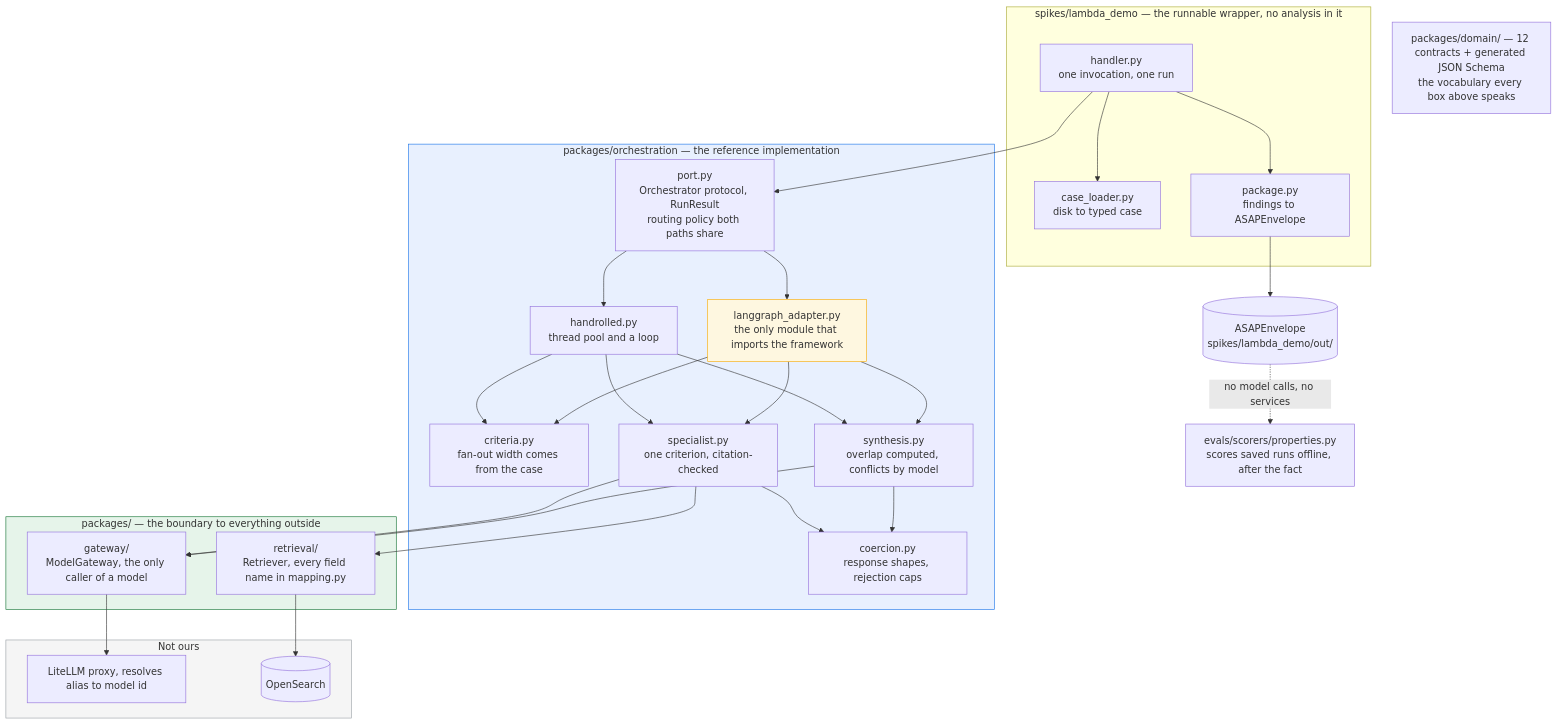
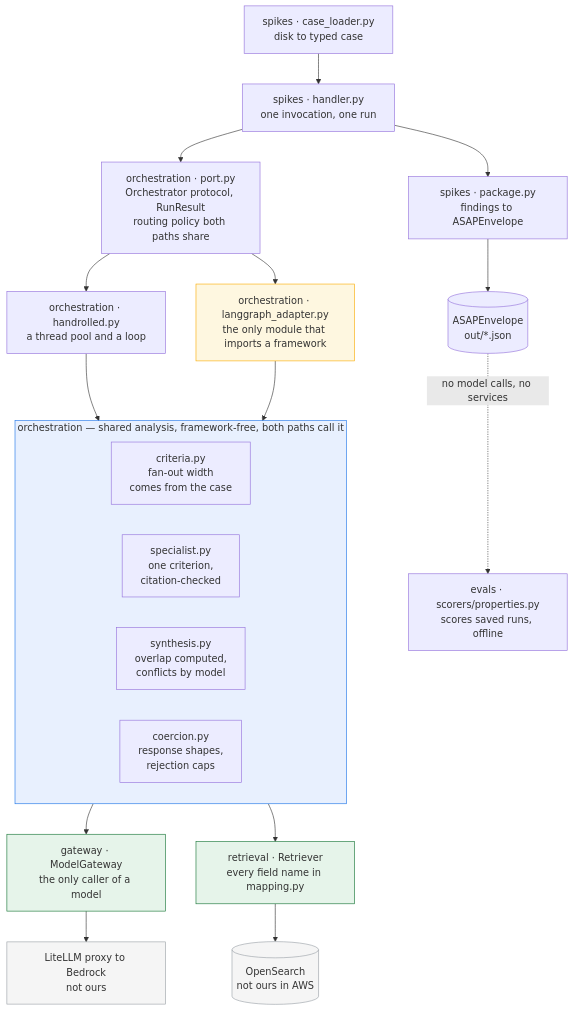
Before and after one commit to Amivero-LLC/asap-ireports-poc: the third of 3 diagrams in docs/ARCHITECTURE.md, drawn with Mermaid. The commit also changed other lines of this file, not shown here.

Commit message:
docs: make the components diagram readable
The previous version was correct and unusable — twenty nodes and six crossing
edges, because both adapters were drawn pointing individually at criteria,
specialist and synthesis. Rendered at any realistic width the type collapsed to
a few pixels, which is a diagram that technically documents the system and
communicates nothing.

Both adapters now converge on one shared analysis block. That halves the node
count and removes every crossing edge, and it draws the ADR-024 arrangement
instead of describing it: swapping the orchestrator changes the two boxes above
that block and nothing inside it. Colour now carries the grouping that nested
subgraphs were carrying badly — green for ports, yellow for the one module that
knows a framework exists, grey for what is not ours.

Claude-Session: https://claude.ai/code/session_01GdJhEqX1WgDEXDqGBRdhLh

````diff
--- a/docs/ARCHITECTURE.md
+++ b/docs/ARCHITECTURE.md
@@ -133,60 +133,46 @@
 ```mermaid
 flowchart TB
-    subgraph WRAP["spikes/lambda_demo — the runnable wrapper, no analysis in it"]
-        HAND["handler.py<br/>one invocation, one run"]
-        LOAD["case_loader.py<br/>disk to typed case"]
-        PACK["package.py<br/>findings to ASAPEnvelope"]
+    LOAD["spikes · case_loader.py<br/>disk to typed case"]
+    HAND["spikes · handler.py<br/>one invocation, one run"]
+    PACK["spikes · package.py<br/>findings to ASAPEnvelope"]
+
+    PORT["orchestration · port.py<br/>Orchestrator protocol, RunResult<br/>routing policy both paths share"]
+    HR["orchestration · handrolled.py<br/>a thread pool and a loop"]
+    LG["orchestration · langgraph_adapter.py<br/>the only module that imports a framework"]
+
+    subgraph ANALYSIS["orchestration — shared analysis, framework-free, both paths call it"]
+        direction LR
+        CRIT["criteria.py<br/>fan-out width<br/>comes from the case"]
+        SPEC["specialist.py<br/>one criterion,<br/>citation-checked"]
+        SYN["synthesis.py<br/>overlap computed,<br/>conflicts by model"]
+        COER["coercion.py<br/>response shapes,<br/>rejection caps"]
     end
 
-    subgraph ORCHP["packages/orchestration — the reference implementation"]
-        PORT["port.py<br/>Orchestrator protocol, RunResult<br/>routing policy both paths share"]
-        HR["handrolled.py<br/>thread pool and a loop"]
-        LG["langgraph_adapter.py<br/>the only module that imports the framework"]
-        CRIT["criteria.py<br/>fan-out width comes from the case"]
-        SPEC["specialist.py<br/>one criterion, citation-checked"]
-        SYN["synthesis.py<br/>overlap computed, conflicts by model"]
-        COER["coercion.py<br/>response shapes, rejection caps"]
-    end
+    GW["gateway · ModelGateway<br/>the only caller of a model"]
+    RETR["retrieval · Retriever<br/>every field name in mapping.py"]
+    PROXY["LiteLLM proxy to Bedrock<br/>not ours"]
+    OS[("OpenSearch<br/>not ours in AWS")]
+    ENV[("ASAPEnvelope<br/>out/*.json")]
+    EVAL["evals · scorers/properties.py<br/>scores saved runs, offline"]
 
-    subgraph PORTS["packages/ — the boundary to everything outside"]
-        GW["gateway/<br/>ModelGateway, the only caller of a model"]
-        RETR["retrieval/<br/>Retriever, every field name in mapping.py"]
-    end
-
-    DOM["packages/domain/ — 12 contracts + generated JSON Schema<br/>the vocabulary every box above speaks"]
-
-    subgraph OUTSIDE["Not ours"]
-        PROXY["LiteLLM proxy, resolves alias to model id"]
-        OS[("OpenSearch")]
-    end
-
-    ENV[("ASAPEnvelope<br/>spikes/lambda_demo/out/")]
-
-    EVAL["evals/scorers/properties.py<br/>scores saved runs offline, after the fact"]
-
-    HAND --> LOAD
+    LOAD --> HAND
     HAND --> PORT
     PORT --> HR
     PORT --> LG
-    HR --> CRIT
-    LG --> CRIT
-    HR --> SPEC
-    LG --> SPEC
-    HR --> SYN
-    LG --> SYN
-    SPEC --> COER
-    SYN --> COER
-    SPEC --> GW
-    SYN --> GW
-    SPEC --> RETR
+    HR --> ANALYSIS
+    LG --> ANALYSIS
+    ANALYSIS --> GW
+    ANALYSIS --> RETR
     GW --> PROXY
     RETR --> OS
     HAND --> PACK
     PACK --> ENV
     ENV -.->|no model calls, no services| EVAL
 
-    style ORCHP fill:#e8f0fe,stroke:#1a73e8
-    style PORTS fill:#e6f4ea,stroke:#137333
-    style OUTSIDE fill:#f5f5f5,stroke:#9aa0a6
+    style ANALYSIS fill:#e8f0fe,stroke:#1a73e8
+    style GW fill:#e6f4ea,stroke:#137333
+    style RETR fill:#e6f4ea,stroke:#137333
     style LG fill:#fef7e0,stroke:#f9ab00
+    style PROXY fill:#f5f5f5,stroke:#9aa0a6
+    style OS fill:#f5f5f5,stroke:#9aa0a6
 ```
````
